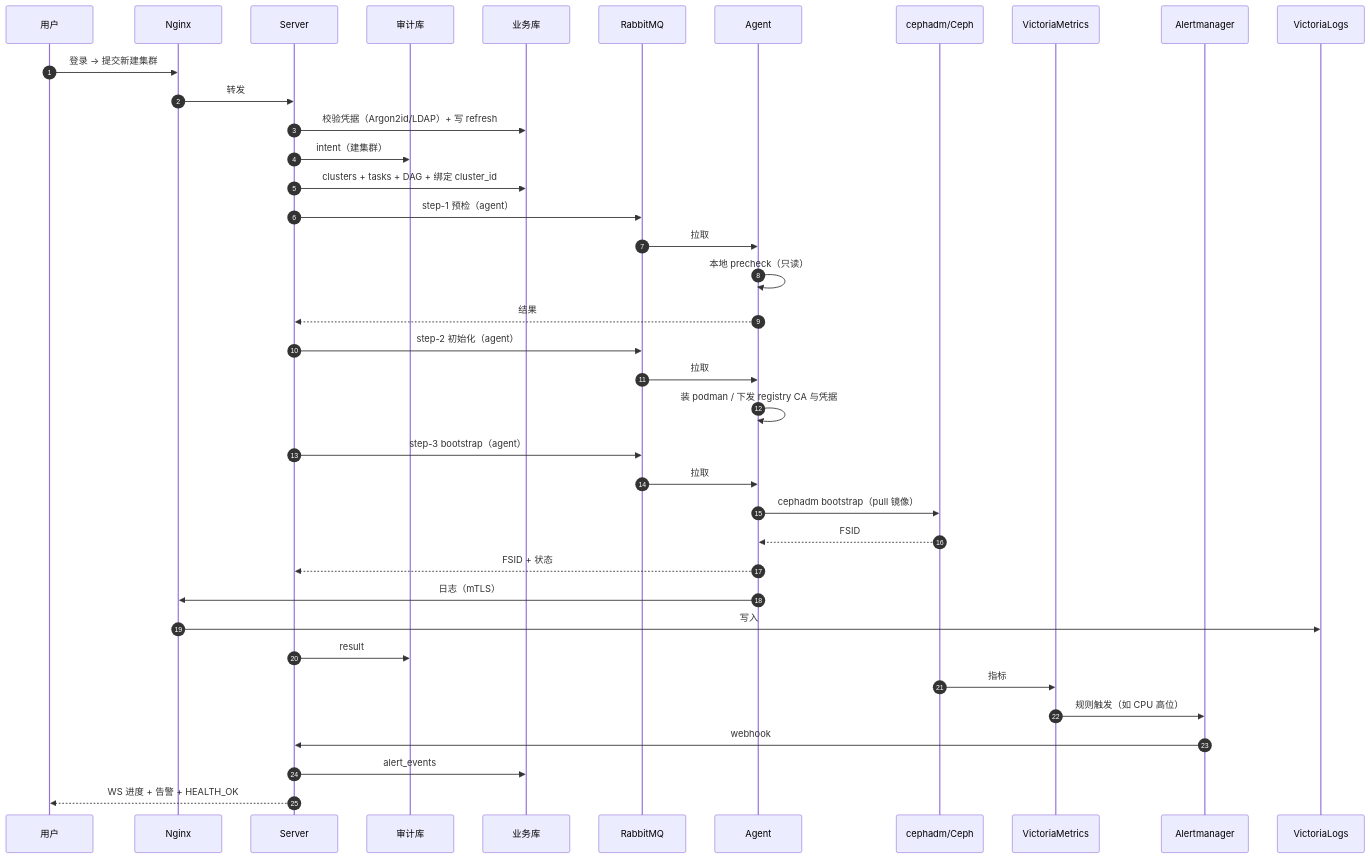
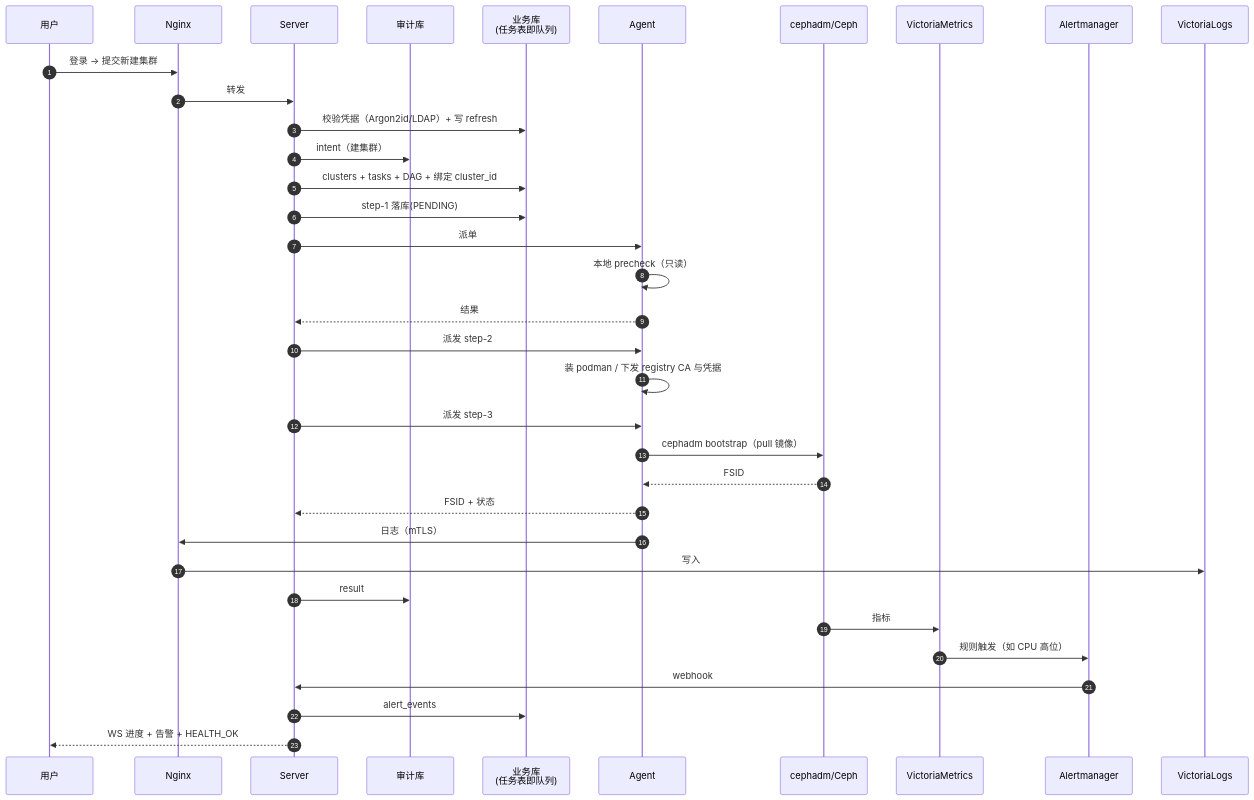
One commit to lnsyyj/winter changed diagram 19 of 19 in docs/02-研发线/04-架构师/架构时序与数据流图册.md. Above: the diagram before and after it, drawn with Mermaid. The commit also changed other lines of this file and 17 other files, not shown here.

````diff
--- a/docs/02-研发线/04-架构师/架构时序与数据流图册.md
+++ b/docs/02-研发线/04-架构师/架构时序与数据流图册.md
@@ -515,41 +507,38 @@
 ```mermaid
 sequenceDiagram
     autonumber
     participant U as 用户
     participant NG as Nginx
     participant S as Server
     participant ADB as 审计库
-    participant PG as 业务库
-    participant MQ as RabbitMQ
+    participant PG as 业务库<br/>(任务表即队列)
     participant A as Agent
     participant CE as cephadm/Ceph
     participant VM as VictoriaMetrics
     participant AM as Alertmanager
     participant VL as VictoriaLogs
 
     U->>NG: 登录 → 提交新建集群
     NG->>S: 转发
     S->>PG: 校验凭据（Argon2id/LDAP）+ 写 refresh
     S->>ADB: intent（建集群）
     S->>PG: clusters + tasks + DAG + 绑定 cluster_id
-    S->>MQ: step-1 预检（agent）
-    MQ->>A: 拉取
+    S->>PG: step-1 落库(PENDING)
+    S->>A: 派单
     A->>A: 本地 precheck（只读）
     A-->>S: 结果
-    S->>MQ: step-2 初始化（agent）
-    MQ->>A: 拉取
+    S->>A: 派发 step-2
     A->>A: 装 podman / 下发 registry CA 与凭据
-    S->>MQ: step-3 bootstrap（agent）
-    MQ->>A: 拉取
+    S->>A: 派发 step-3
     A->>CE: cephadm bootstrap（pull 镜像）
     CE-->>A: FSID
     A-->>S: FSID + 状态
     A->>NG: 日志（mTLS）
     NG->>VL: 写入
     S->>ADB: result
     CE->>VM: 指标
     VM->>AM: 规则触发（如 CPU 高位）
     AM->>S: webhook
     S->>PG: alert_events
     S-->>U: WS 进度 + 告警 + HEALTH_OK
 ```
````
